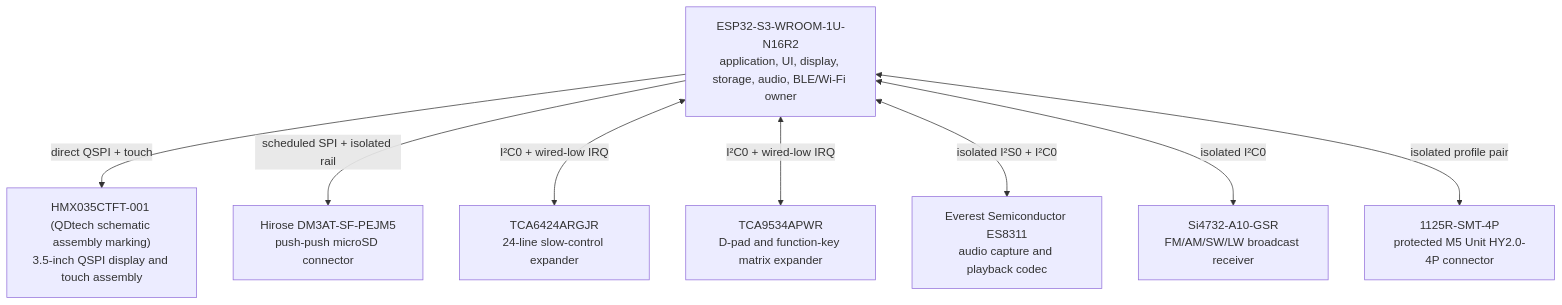
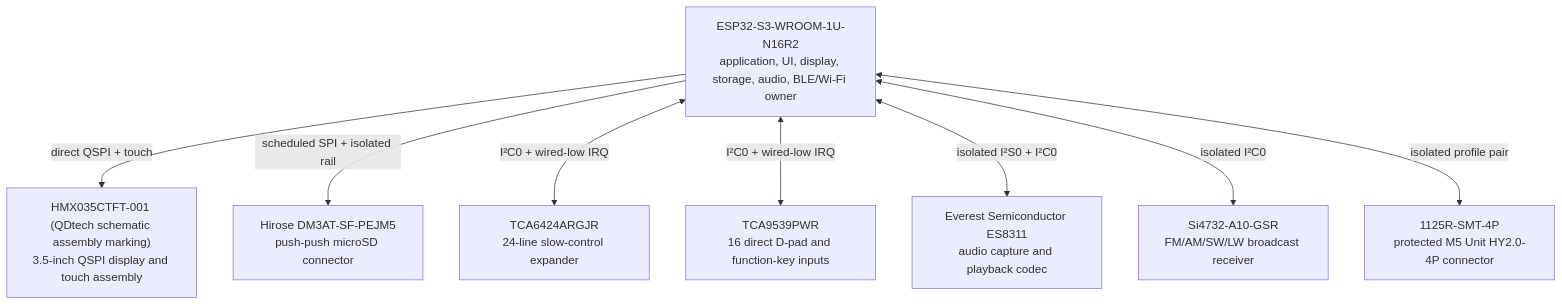
One commit to anton-vinogradov/esp32-leshy2 changed the second of 10 diagrams in README.md. Above: the diagram before and after it, drawn with Mermaid. The commit also changed other lines of this file and 19 other files, not shown here.

Commit message:
Replace D-pad matrix with guided direct controls

````diff
--- a/README.md
+++ b/README.md
@@ -87,18 +87,18 @@
 ```mermaid
 flowchart TD
 S3["ESP32-S3-WROOM-1U-N16R2<br/>application, UI, display, storage, audio, BLE/Wi-Fi owner"]
 DISPLAY["HMX035CTFT-001 (QDtech schematic assembly marking)<br/>3.5-inch QSPI display and touch assembly"]
 SD["Hirose DM3AT-SF-PEJM5<br/>push-push microSD connector"]
 SLOW_IO["TCA6424ARGJR<br/>24-line slow-control expander"]
-UI_MATRIX_IO["TCA9534APWR<br/>D-pad and function-key matrix expander"]
+UI_MATRIX_IO["TCA9539PWR<br/>16 direct D-pad and function-key inputs"]
 CODEC["Everest Semiconductor ES8311<br/>audio capture and playback codec"]
 RECEIVER["Si4732-A10-GSR<br/>FM/AM/SW/LW broadcast receiver"]
 UNIT_CONNECTOR["1125R-SMT-4P<br/>protected M5 Unit HY2.0-4P connector"]
   S3 -->|"direct QSPI + touch"| DISPLAY
   S3 -->|"scheduled SPI + isolated rail"| SD
   S3 <-->|"I²C0 + wired-low IRQ"| SLOW_IO
   S3 <-->|"I²C0 + wired-low IRQ"| UI_MATRIX_IO
   S3 <-->|"isolated I²S0 + I²C0"| CODEC
   S3 <-->|"isolated I²C0"| RECEIVER
   S3 <-->|"isolated profile pair"| UNIT_CONNECTOR
 ```
````
